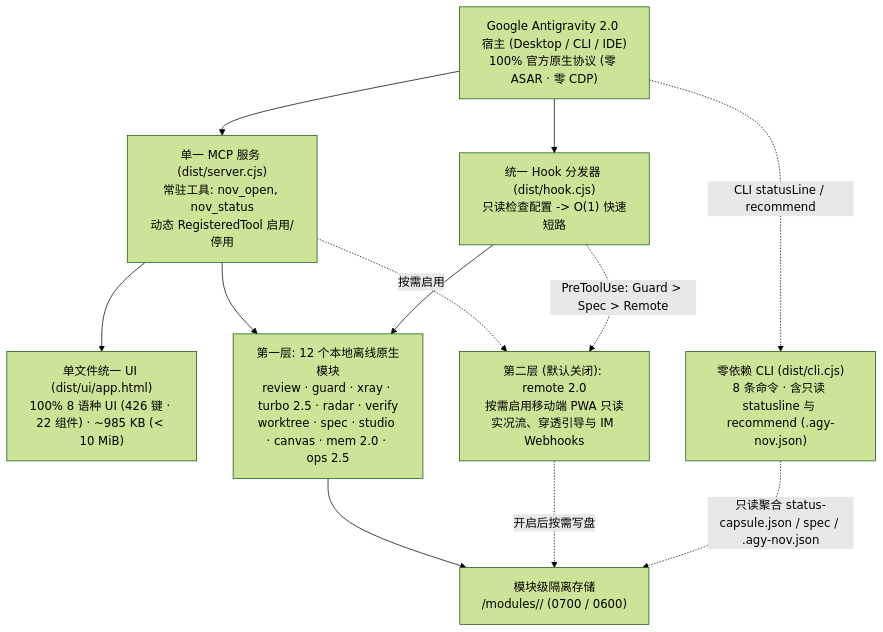
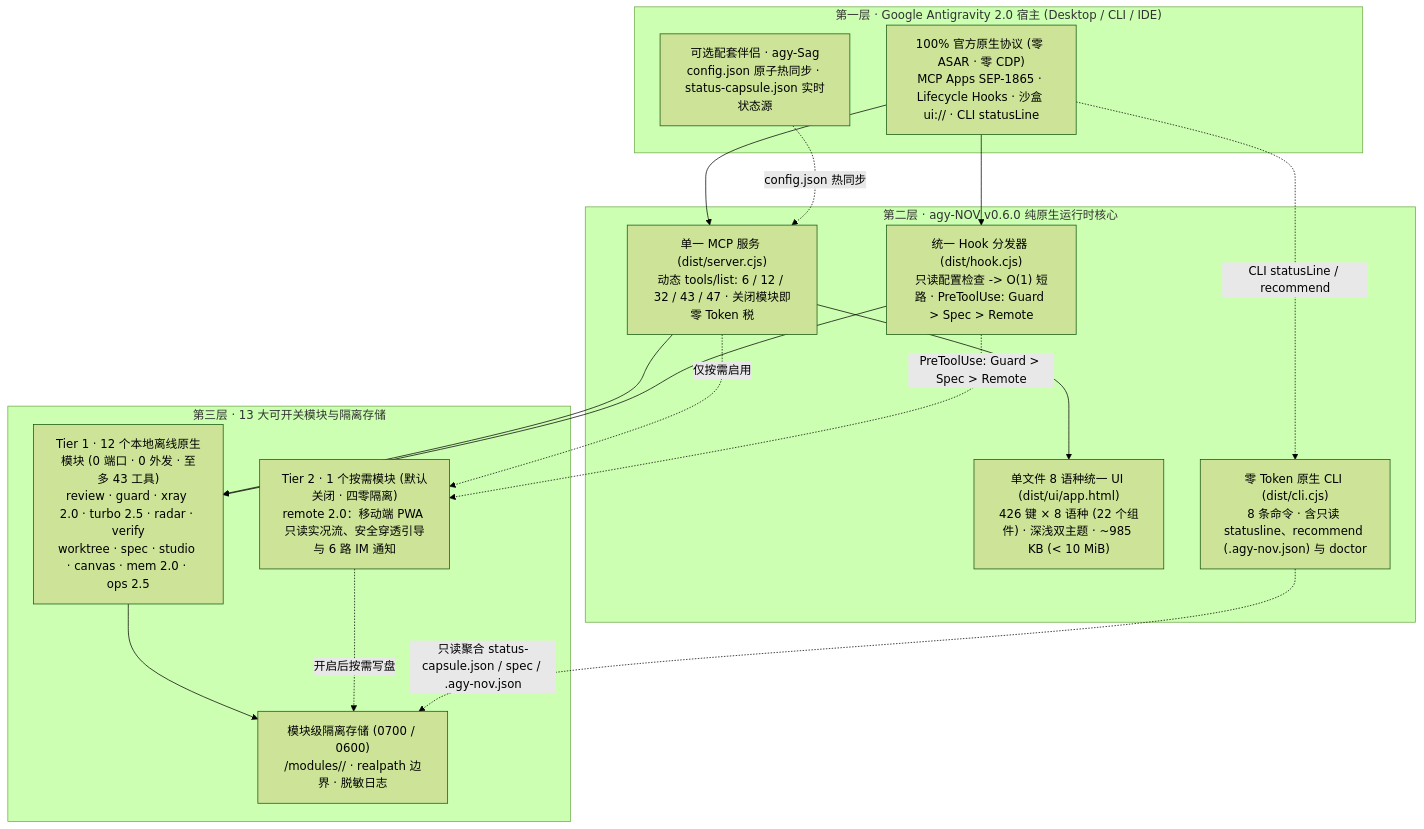
The diagram in docs/i18n/README.zh-CN.md (tone-leh/agy-NOV), drawn with Mermaid (forest theme) before and after one commit. The commit also changed other lines of this file and 11 other files, not shown here.

Commit message:
docs(readme): replace stale English hero/architecture SVGs with native localized Mermaid diagrams across all 8 locales

````diff
--- a/docs/i18n/README.zh-CN.md
+++ b/docs/i18n/README.zh-CN.md
@@ -224,23 +207,33 @@
 ```mermaid
 flowchart TB
-  Host["Google Antigravity 2.0 宿主 (Desktop / CLI / IDE)\n100% 官方原生协议 (零 ASAR · 零 CDP)"]
-  MCP["单一 MCP 服务 (dist/server.cjs)\n常驻工具: nov_open, nov_status\n动态 RegisteredTool 启用/停用"]
-  UI["单文件统一 UI (dist/ui/app.html)\n100% 8 语种 UI (426 键 · 22 组件) · ~985 KB (< 10 MiB)"]
-  Hook["统一 Hook 分发器 (dist/hook.cjs)\n只读检查配置 -> O(1) 快速短路"]
-  CLI["零依赖 CLI (dist/cli.cjs)\n8 条命令 · 含只读 statusline 与 recommend (.agy-nov.json)"]
-  Store["模块级隔离存储\n<dataDir>/modules/<id>/ (0700 / 0600)"]
-  T1["第一层: 12 个本地离线原生模块\nreview · guard · xray · turbo 2.5 · radar · verify\nworktree · spec · studio · canvas · mem 2.0 · ops 2.5"]
-  T2R["第二层 (默认关闭): remote 2.0\n按需启用移动端 PWA 只读实况流、穿透引导与 IM Webhooks"]
+  subgraph L1["第一层 · Google Antigravity 2.0 宿主 (Desktop / CLI / IDE)"]
+    Host["100% 官方原生协议 (零 ASAR · 零 CDP)\nMCP Apps SEP-1865 · Lifecycle Hooks · 沙盒 ui:// · CLI statusLine"]
+    Sag["可选配套伴侣 · agy-Sag\nconfig.json 原子热同步 · status-capsule.json 实时状态源"]
+  end
+
+  subgraph L2["第二层 · agy-NOV v0.6.0 纯原生运行时核心"]
+    MCP["单一 MCP 服务 (dist/server.cjs)\n动态 tools/list: 6 / 12 / 32 / 43 / 47 · 关闭模块即零 Token 税"]
+    Hook["统一 Hook 分发器 (dist/hook.cjs)\n只读配置检查 -> O(1) 短路 · PreToolUse: Guard > Spec > Remote"]
+    UI["单文件 8 语种统一 UI (dist/ui/app.html)\n426 键 × 8 语种 (22 个组件) · 深浅双主题 · ~985 KB (< 10 MiB)"]
+    CLI["零 Token 原生 CLI (dist/cli.cjs)\n8 条命令 · 含只读 statusline、recommend (.agy-nov.json) 与 doctor"]
+  end
+
+  subgraph L3["第三层 · 13 大可开关模块与隔离存储"]
+    T1["Tier 1 · 12 个本地离线原生模块 (0 端口 · 0 外发 · 至多 43 工具)\nreview · guard · xray 2.0 · turbo 2.5 · radar · verify\nworktree · spec · studio · canvas · mem 2.0 · ops 2.5"]
+    T2R["Tier 2 · 1 个按需模块 (默认关闭 · 四零隔离)\nremote 2.0：移动端 PWA 只读实况流、安全穿透引导与 6 路 IM 通知"]
+    Store["模块级隔离存储 (0700 / 0600)\n<dataDir>/modules/<id>/ · realpath 边界 · 脱敏日志"]
+  end
 
   Host --> MCP
   Host --> Hook
   Host -. "CLI statusLine / recommend" .-> CLI
+  Sag -. "config.json 热同步" .-> MCP
   MCP --> UI
   MCP --> T1
-  MCP -. "按需启用" .-> T2R
+  MCP -. "仅按需启用" .-> T2R
   Hook --> T1
   Hook -. "PreToolUse: Guard > Spec > Remote" .-> T2R
   T1 --> Store
   T2R -. "开启后按需写盘" .-> Store
   CLI -. "只读聚合 status-capsule.json / spec / .agy-nov.json" .-> Store
 ```
````
